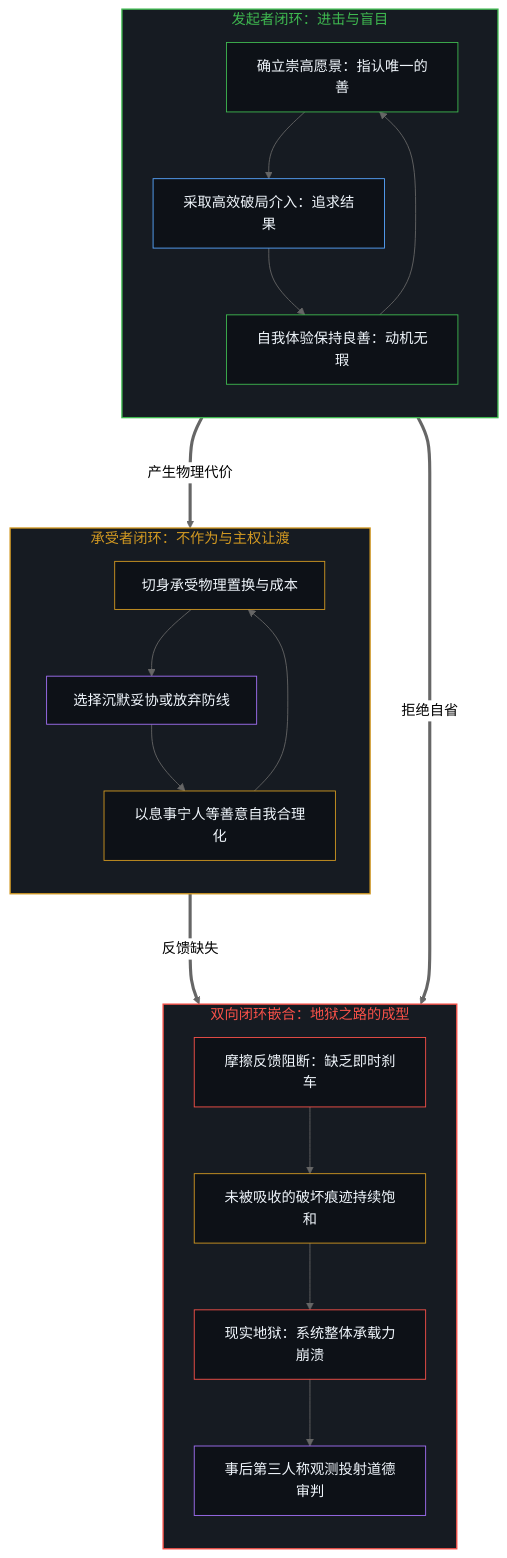
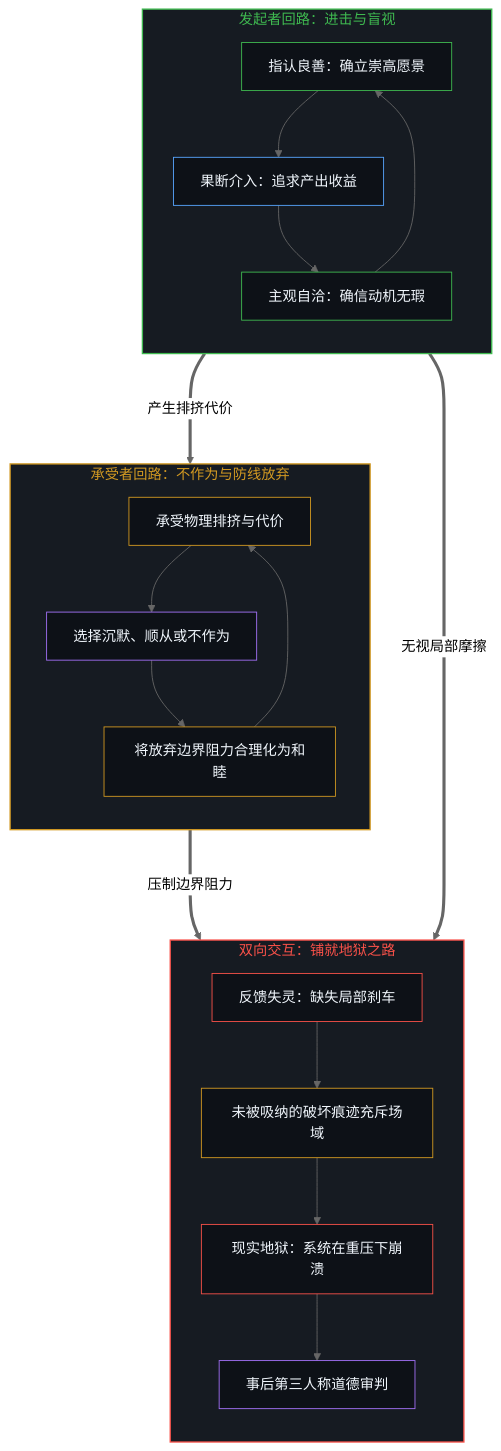
Before and after one commit to powerpig99/not-a-toe: the third of 4 diagrams in content/posts/the-coin-of-good-and-evil-and-the-road-to-hell.md, drawn with Mermaid (neutral theme). The commit also changed other lines of this file and 7 other files, not shown here.

````diff
--- a/content/posts/the-coin-of-good-and-evil-and-the-road-to-hell.md
+++ b/content/posts/the-coin-of-good-and-evil-and-the-road-to-hell.md
@@ -151,55 +141,48 @@
 ```mermaid
 graph TD
     classDef default fill:#0d1117,stroke:#58a6ff,stroke-width:1px,color:#f0f6fc;
-
-    subgraph S_Actor ["发起者闭环：进击与盲目"]
+    subgraph S_Actor ["发起者回路：进击与盲视"]
         direction TB
         style S_Actor fill:#161b22,stroke:#3fb950,stroke-width:1.5px,color:#3fb950
-        A_Goal["确立崇高愿景：指认唯一的善"]
-        A_Action["采取高效破局介入：追求结果"]
-        A_SelfRighteous["自我体验保持良善：动机无瑕"]
+        A_Goal["指认良善：确立崇高愿景"]
+        A_Action["果断介入：追求产出收益"]
+        A_SelfRighteous["主观自洽：确信动机无瑕"]
         A_Goal --> A_Action
         A_Action --> A_SelfRighteous
         A_SelfRighteous --> A_Goal
     end
-
-    subgraph S_Recipient ["承受者闭环：不作为与主权让渡"]
+    subgraph S_Recipient ["承受者回路：不作为与防线放弃"]
         direction TB
         style S_Recipient fill:#161b22,stroke:#d29922,stroke-width:1.5px,color:#d29922
-        R_Cost["切身承受物理置换与成本"]
-        R_Inaction["选择沉默妥协或放弃防线"]
-        R_SelfJustify["以息事宁人等善意自我合理化"]
+        R_Cost["承受物理排挤与代价"]
+        R_Inaction["选择沉默、顺从或不作为"]
+        R_SelfJustify["将放弃边界阻力合理化为和睦"]
         R_Cost --> R_Inaction
         R_Inaction --> R_SelfJustify
         R_SelfJustify --> R_Cost
     end
-
-    subgraph S_Interplay ["双向闭环嵌合：地狱之路的成型"]
+    subgraph S_Interplay ["双向交互：铺就地狱之路"]
         direction TB
         style S_Interplay fill:#161b22,stroke:#f85149,stroke-width:1.5px,color:#f85149
-        I_FeedbackLoss["摩擦反馈阻断：缺乏即时刹车"]
-        I_TraceAccumulation["未被吸收的破坏痕迹持续饱和"]
-        I_SystemCollapse["现实地狱：系统整体承载力崩溃"]
-        I_MoralProjection["事后第三人称观测投射道德审判"]
+        I_FeedbackLoss["反馈失灵：缺失局部刹车"]
+        I_TraceAccumulation["未被吸纳的破坏痕迹充斥场域"]
+        I_SystemCollapse["现实地狱：系统在重压下崩溃"]
+        I_MoralProjection["事后第三人称道德审判"]
         I_FeedbackLoss --> I_TraceAccumulation
         I_TraceAccumulation --> I_SystemCollapse
         I_SystemCollapse --> I_MoralProjection
     end
-
-    A_Action ===>|"产生物理代价"| R_Cost
-    R_Inaction ===>|"反馈缺失"| I_FeedbackLoss
-    A_SelfRighteous ===>|"拒绝自省"| I_FeedbackLoss
-
+    A_Action ===>|"产生排挤代价"| R_Cost
+    R_Inaction ===>|"压制边界阻力"| I_FeedbackLoss
+    A_SelfRighteous ===>|"无视局部摩擦"| I_FeedbackLoss
     style A_Goal fill:#0d1117,stroke:#3fb950,stroke-width:1px,color:#f0f6fc
     style A_Action fill:#0d1117,stroke:#58a6ff,stroke-width:1px,color:#f0f6fc
     style A_SelfRighteous fill:#0d1117,stroke:#3fb950,stroke-width:1px,color:#f0f6fc
-
     style R_Cost fill:#0d1117,stroke:#d29922,stroke-width:1px,color:#f0f6fc
     style R_Inaction fill:#0d1117,stroke:#a371f7,stroke-width:1px,color:#f0f6fc
     style R_SelfJustify fill:#0d1117,stroke:#d29922,stroke-width:1px,color:#f0f6fc
-
     style I_FeedbackLoss fill:#0d1117,stroke:#f85149,stroke-width:1px,color:#f0f6fc
     style I_TraceAccumulation fill:#0d1117,stroke:#d29922,stroke-width:1px,color:#f0f6fc
     style I_SystemCollapse fill:#0d1117,stroke:#f85149,stroke-width:1px,color:#f0f6fc
     style I_MoralProjection fill:#0d1117,stroke:#a371f7,stroke-width:1px,color:#f0f6fc
 ```
````
